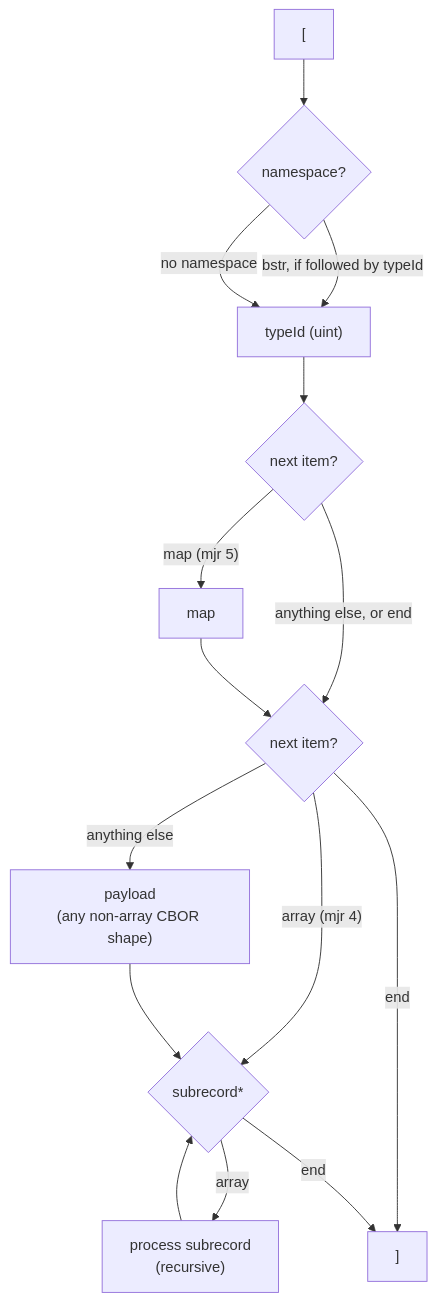
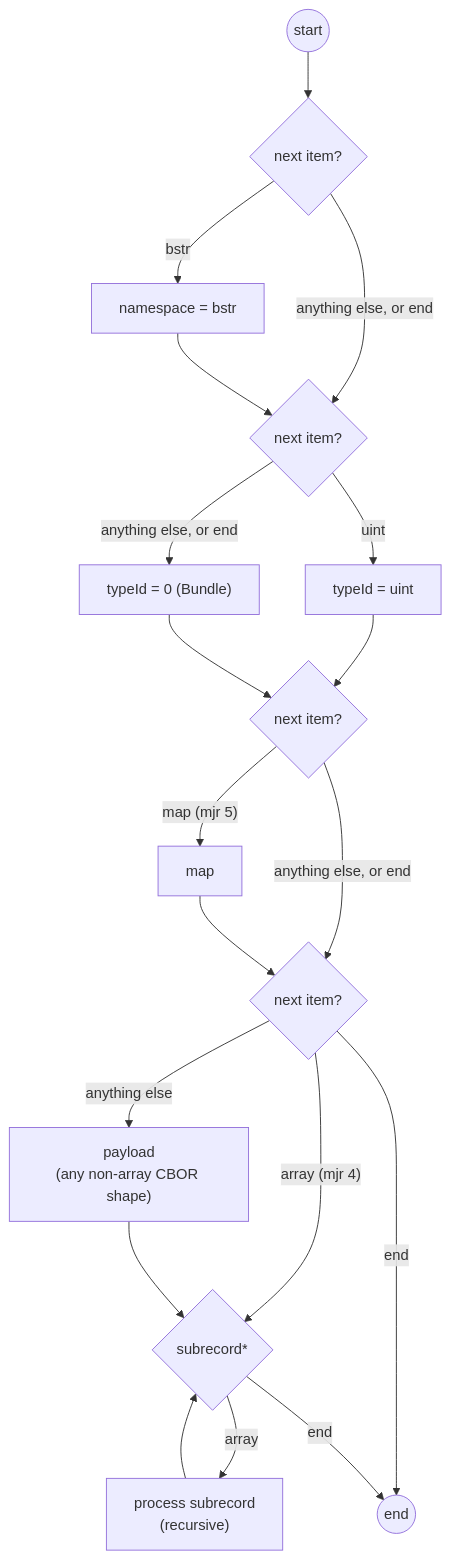
Before and after one commit to mofosyne/qdef: the diagram in docs/QDEF-SPEC.md, drawn with Mermaid. The commit also changed other lines of this file and 31 other files, not shown here.

````diff
--- a/docs/QDEF-SPEC.md
+++ b/docs/QDEF-SPEC.md
@@ -201,20 +208,26 @@
 ```mermaid
 flowchart TD
-    Start["["] --> ns{"namespace?"}
-    ns -->|"bstr, if followed by typeId"| typeId["typeId (uint)"]
-    ns -->|"no namespace"| typeId
+    Start(("start")) --> ns{"next item?"}
+    ns -->|"bstr"| typeId["namespace = bstr"]
+    ns -->|"anything else, or end"| typeIdCheck
 
-    typeId --> checkMap{"next item?"}
+    typeId --> typeIdCheck{"next item?"}
+    typeIdCheck -->|"uint"| typeIdFound["typeId = uint"]
+    typeIdCheck -->|"anything else, or end"| default["typeId = 0 (Bundle)"]
+
+    typeIdFound --> checkMap{"next item?"}
+    default --> checkMap
+
     checkMap -->|"map (mjr 5)"| map["map"]
     checkMap -->|"anything else, or end"| afterMap
 
     map --> afterMap{"next item?"}
     afterMap -->|"array (mjr 4)"| subrecords
     afterMap -->|"anything else"| payload["payload<br/>(any non-array CBOR shape)"]
-    afterMap -->|"end"| End["]"]
+    afterMap -->|"end"| End(("end"))
     payload --> subrecords
 
     subrecords{"subrecord*"} -->|"array"| process["process subrecord<br/>(recursive)"]
     process --> subrecords
     subrecords -->|"end"| End
 ```
````
